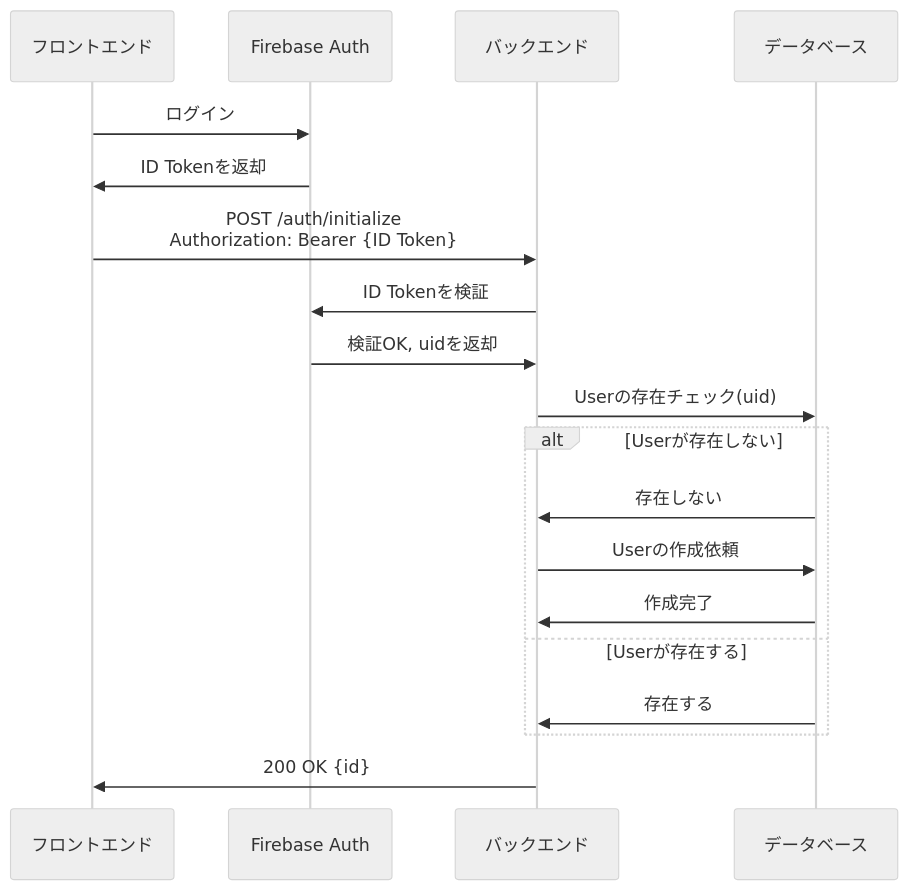
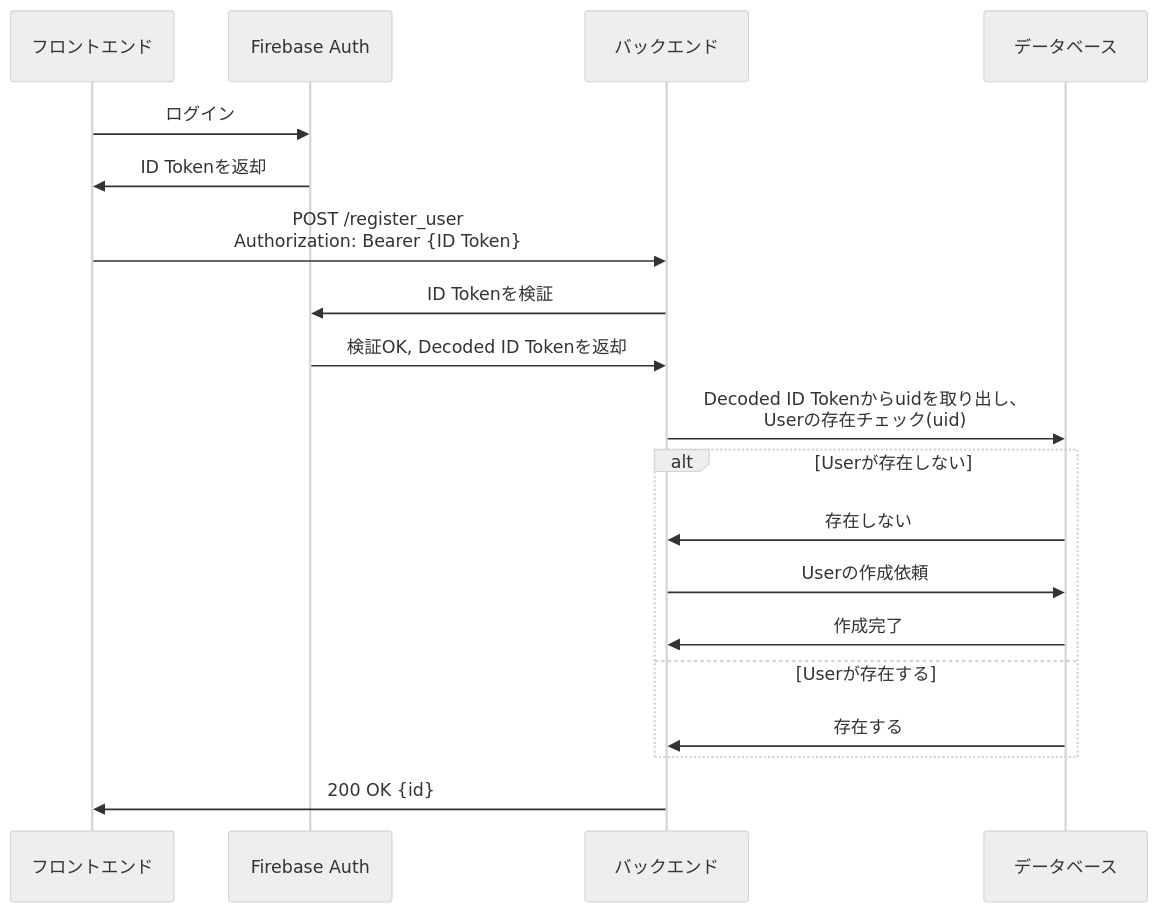
Before and after one commit to kagomen/bgm-api-springboot: the first of 5 diagrams in docs/sequence.md, drawn with Mermaid (neutral theme). The commit also changed other lines of this file, not shown here.

Commit message:
/register_userのシーケンス図を修正

````diff
--- a/docs/sequence.md
+++ b/docs/sequence.md
@@ -7,24 +7,22 @@
 ```mermaid
 sequenceDiagram
-  participant FE as フロントエンド
-  participant FB as Firebase Auth
-  participant BE as バックエンド
-  participant DB as データベース
+    participant FE as フロントエンド
+    participant FB as Firebase Auth
+    participant BE as バックエンド
+    participant DB as データベース
+    FE ->> FB: ログイン
+    FB ->> FE: ID Tokenを返却
+    FE ->> BE: POST /register_user<br />Authorization: Bearer {ID Token}
+    BE ->> FB: ID Tokenを検証
+    FB ->> BE: 検証OK, Decoded ID Tokenを返却
+    BE ->> DB: Decoded ID Tokenからuidを取り出し、<br />Userの存在チェック(uid)
 
-  FE->>FB: ログイン
-  FB->>FE: ID Tokenを返却
-
-  FE->>BE: POST /auth/initialize<br />Authorization: Bearer {ID Token}
-  BE->>FB: ID Tokenを検証
-  FB->>BE: 検証OK, uidを返却
-  BE->>DB: Userの存在チェック(uid)
-
-  alt Userが存在しない
-    DB->>BE: 存在しない
-    BE->>DB: Userの作成依頼
-    DB->>BE: 作成完了
-  else Userが存在する
-    DB->>BE: 存在する
-  end
-    BE->>FE: 200 OK {id}
+    alt Userが存在しない
+        DB ->> BE: 存在しない
+        BE ->> DB: Userの作成依頼
+        DB ->> BE: 作成完了
+    else Userが存在する
+        DB ->> BE: 存在する
+    end
+    BE ->> FE: 200 OK {id}
 ```
````
